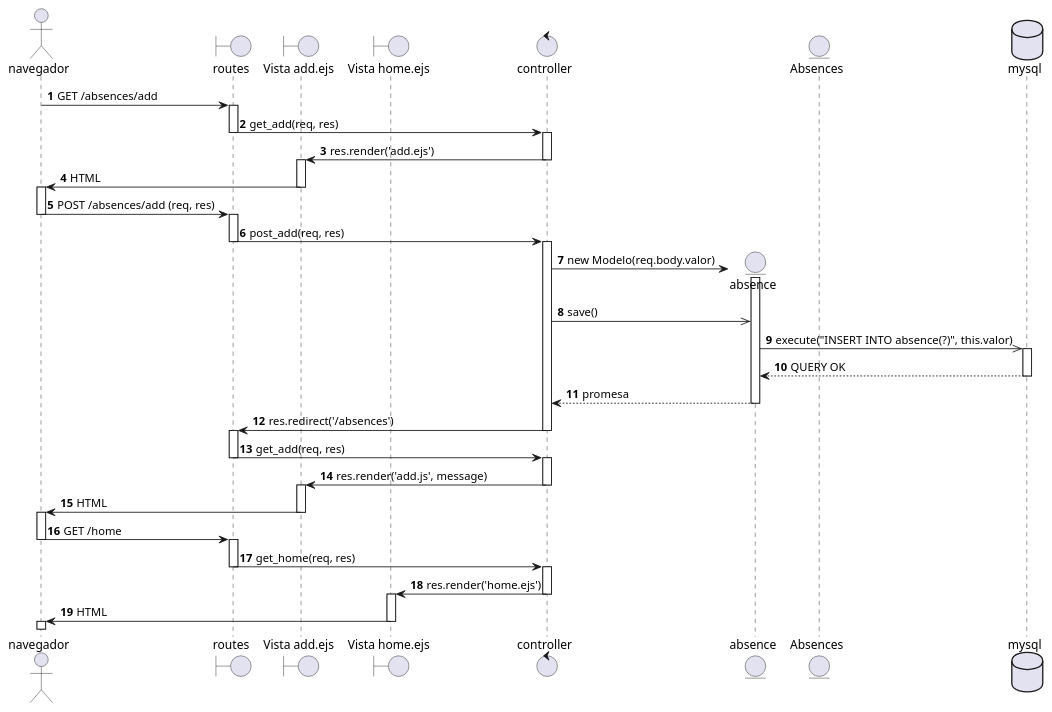
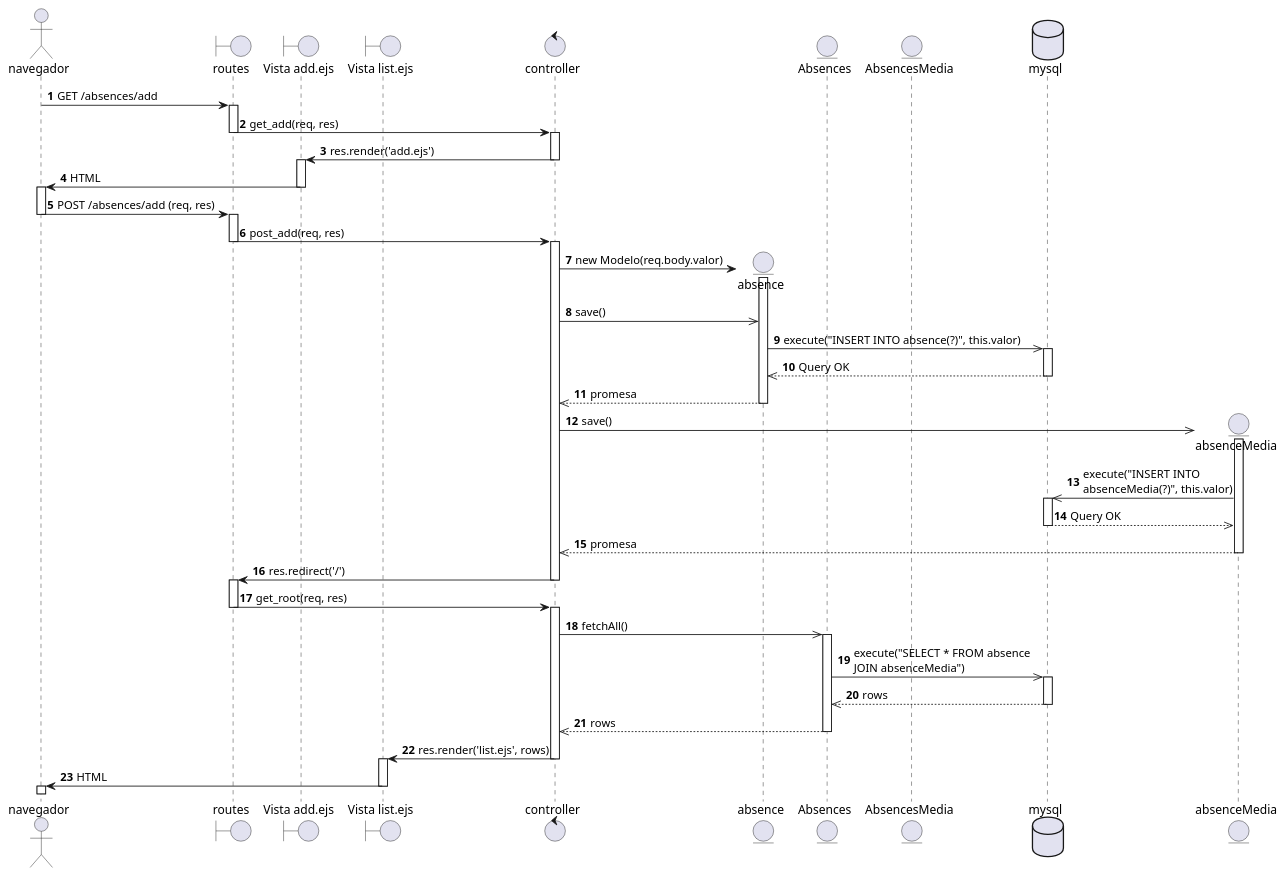
Before and after one commit to EdCanCe/WorkCells: the diagram in diagrams/Casos de Uso/yael req fun/Diagramas de Secuencia/registrarAusencia.puml, drawn with PlantUML. The commit also changed 3 other files, not shown here.

Commit message:
Update: Diagramas de secuencia actualizados para absence y oneToOne

```diff
--- a/diagrams/Casos de Uso/yael req fun/Diagramas de Secuencia/registrarAusencia.puml
+++ b/diagrams/Casos de Uso/yael req fun/Diagramas de Secuencia/registrarAusencia.puml
@@ -1,70 +1,79 @@
 @startuml
 
 actor navegador
 boundary routes
 boundary "Vista add.ejs" as add
-boundary "Vista home.ejs" as home
+boundary "Vista list.ejs" as list
 control controller
 
 autonumber
 navegador -> routes: GET /absences/add
 activate routes
 routes -> controller: get_add(req, res)
 deactivate routes
 activate controller
 controller -> add: res.render('add.ejs')
 deactivate controller
 activate add
 add -> navegador: HTML
 deactivate add
 activate navegador
 
 navegador -> routes: POST /absences/add (req, res)
 deactivate navegador
 activate routes
 routes -> controller: post_add(req, res)
 deactivate routes
 activate controller
 
 create entity absence
 controller -> absence: new Modelo(req.body.valor)
 activate absence
 controller ->> absence: save()
 
-
 entity Absences
+entity AbsencesMedia
 database mysql
 
 absence ->> mysql: execute("INSERT INTO absence(?)", this.valor)
 activate mysql
-mysql --> absence: QUERY OK
+mysql -->> absence: Query OK
 deactivate mysql
-absence--> controller: promesa
+absence -->> controller: promesa
 deactivate absence
 
-controller -> routes: res.redirect('/absences')
+create entity absenceMedia
+controller ->> absenceMedia : save()
+activate absenceMedia
+absenceMedia ->> mysql: execute("INSERT INTO \nabsenceMedia(?)", this.valor)
+activate mysql
+mysql -->> absenceMedia: Query OK
+deactivate mysql
+absenceMedia -->> controller: promesa
+deactivate absenceMedia
+
+controller -> routes: res.redirect('/')
 deactivate controller
+
 activate routes
-routes -> controller: get_add(req, res)
+routes -> controller: get_root(req, res)
 deactivate routes
 activate controller
-controller -> add: res.render('add.js', message)
+controller ->> Absences: fetchAll()
+activate Absences
+Absences ->> mysql: execute("SELECT * FROM absence \nJOIN absenceMedia")
+activate mysql
+mysql -->> Absences: rows
+deactivate mysql
+Absences -->> controller: rows
+deactivate Absences
+
+controller -> list: res.render('list.ejs', rows)
 deactivate controller
-activate add
-add -> navegador: HTML
-deactivate add
-activate navegador
-navegador -> routes: GET /home
-deactivate navegador
-activate routes
-routes -> controller:get_home(req, res)
-deactivate routes
-activate controller
-controller -> home: res.render('home.ejs')
-deactivate controller
-activate home
-home -> navegador: HTML
-deactivate home
+activate list
+list -> navegador: HTML
+deactivate list
 activate navegador
 
+
 @enduml
```
